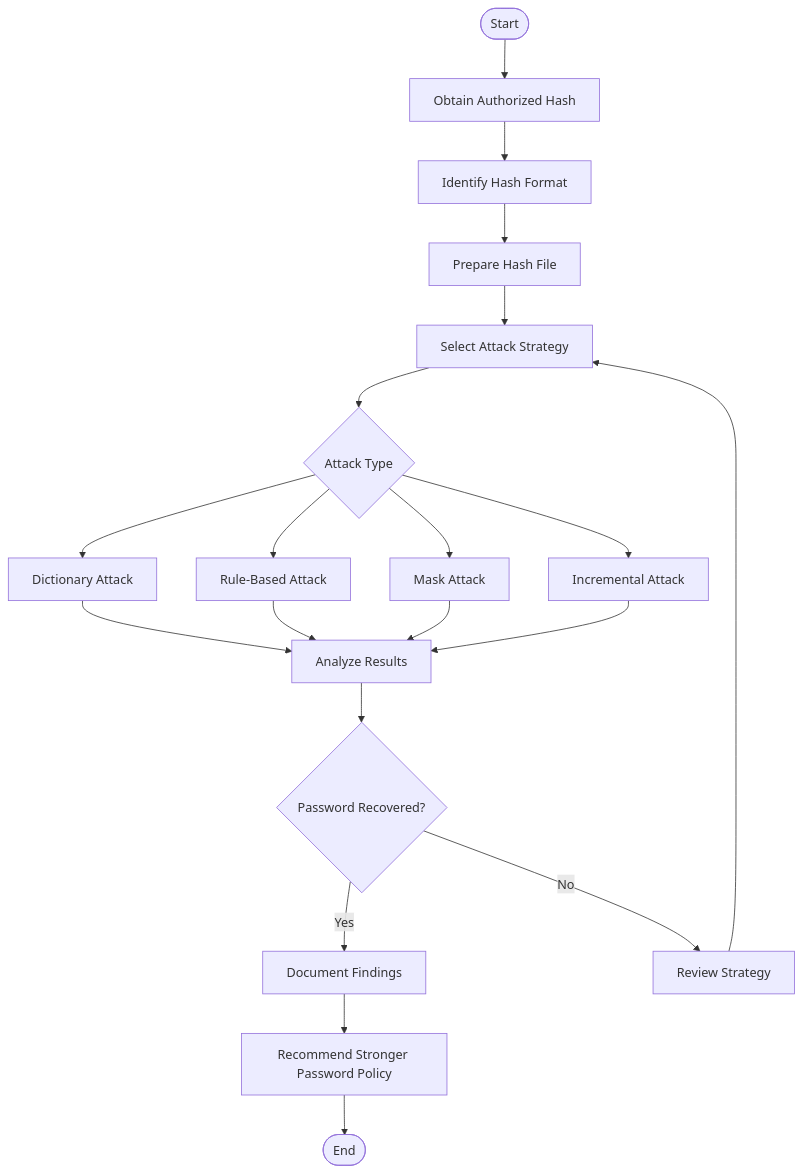
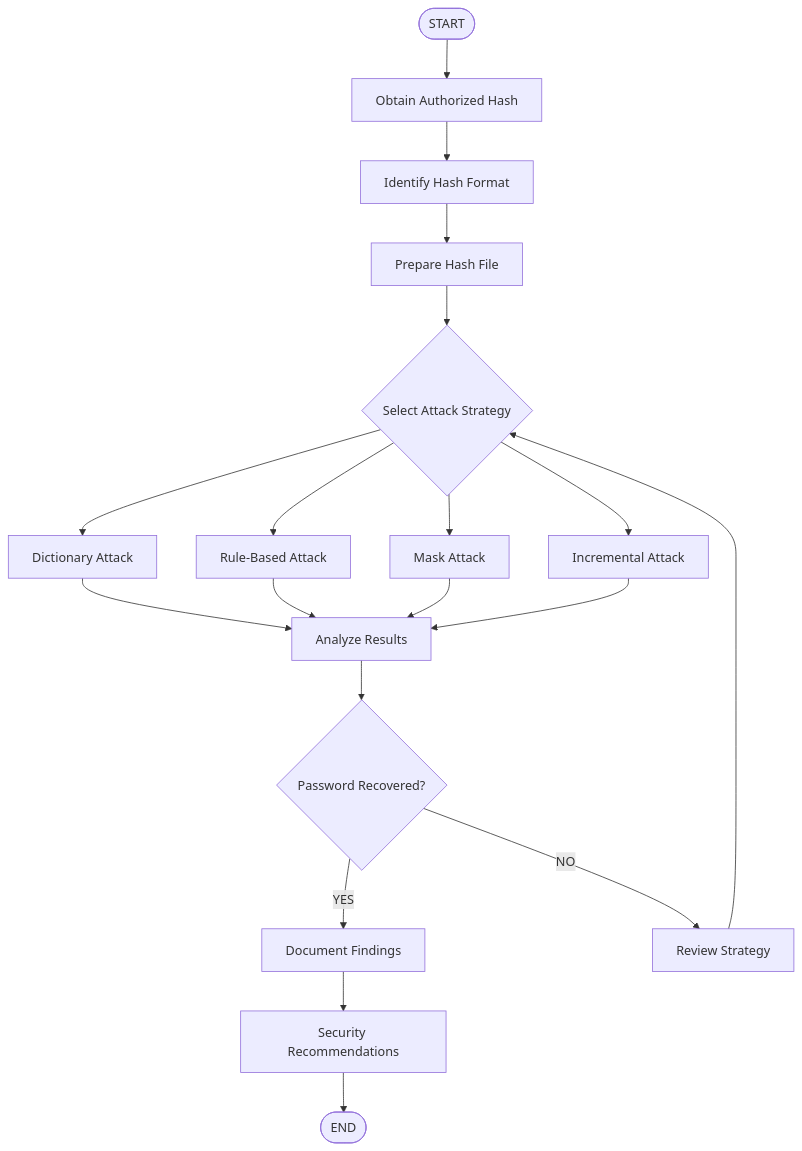
The diagram in README.md (omjeeojha0105-jpg/john-the-ripper-mastery), drawn with Mermaid before and after one commit. The commit also changed other lines of this file, not shown here.

````diff
--- a/README.md
+++ b/README.md
@@ -417,22 +270,21 @@
 ```mermaid
 flowchart TD
-    A([Start]) --> B[Obtain Authorized Hash]
-    B --> C[Identify Hash Format]
-    C --> D[Prepare Hash File]
-    D --> E[Select Attack Strategy]
-    E --> F{Attack Type}
-    F --> G[Dictionary Attack]
-    F --> H[Rule-Based Attack]
-    F --> I[Mask Attack]
-    F --> J[Incremental Attack]
-    G --> K[Analyze Results]
-    H --> K
-    I --> K
-    J --> K
-    K --> L{Password Recovered?}
-    L -->|Yes| M[Document Findings]
-    L -->|No| N[Review Strategy]
-    N --> E
-    M --> O[Recommend Stronger Password Policy]
-    O --> P([End])
+    A(["START"]) --> B["Obtain Authorized Hash"]
+    B --> C["Identify Hash Format"]
+    C --> D["Prepare Hash File"]
+    D --> E{"Select Attack Strategy"}
+    E --> F["Dictionary Attack"]
+    E --> G["Rule-Based Attack"]
+    E --> H["Mask Attack"]
+    E --> I["Incremental Attack"]
+    F --> J["Analyze Results"]
+    G --> J
+    H --> J
+    I --> J
+    J --> K{"Password Recovered?"}
+    K -->|YES| L["Document Findings"]
+    K -->|NO| M["Review Strategy"]
+    M --> E
+    L --> N["Security Recommendations"]
+    N --> O(["END"])
 ```
````
